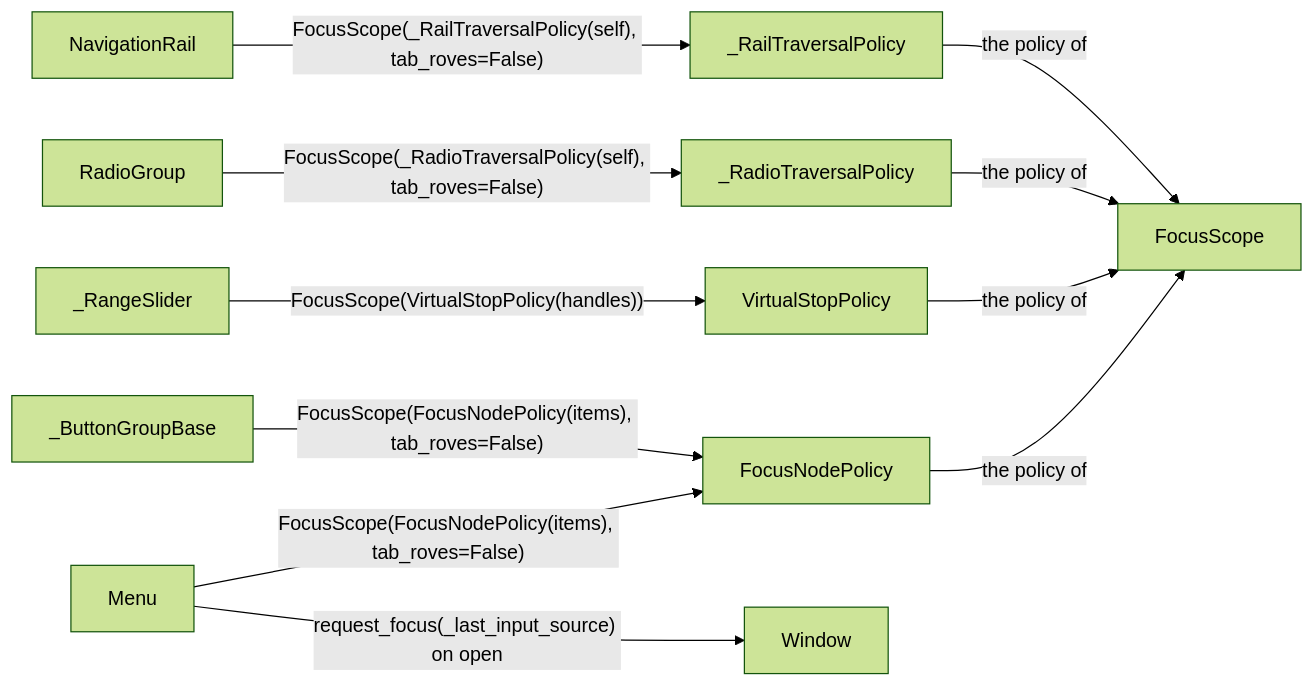
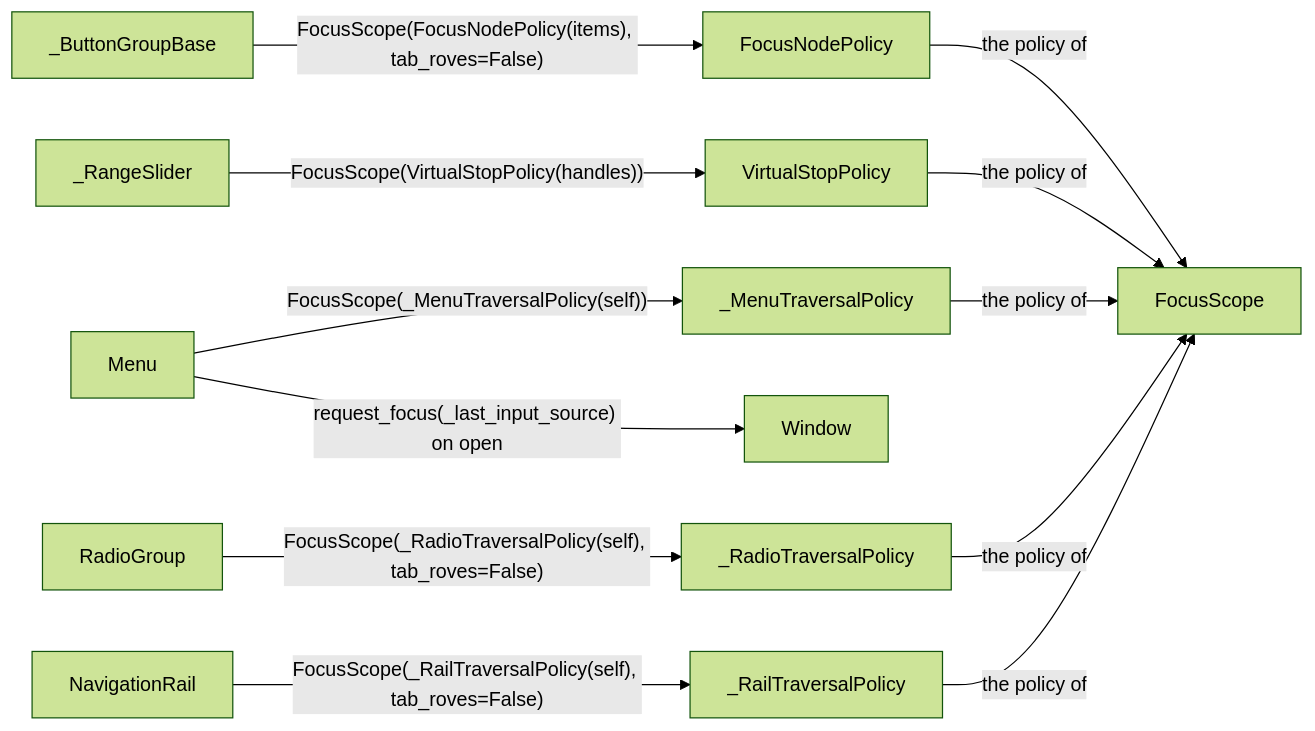
The tenth of 10 diagrams in docs/design/INTERACTION_ARCHITECTURE.md (yuksblog/nuiitivet), drawn with Mermaid (forest theme) before and after one commit. The commit also changed other lines of this file and 18 other files, not shown here.

````diff
--- a/docs/design/INTERACTION_ARCHITECTURE.md
+++ b/docs/design/INTERACTION_ARCHITECTURE.md
@@ -402,21 +402,23 @@
 ```mermaid
 flowchart LR
     menu[Menu]
     group[_ButtonGroupBase]
     slider[_RangeSlider]
     radio[RadioGroup]
     rail[NavigationRail]
+    menupolicy[_MenuTraversalPolicy]
     radiopolicy[_RadioTraversalPolicy]
     railpolicy[_RailTraversalPolicy]
     nodep[FocusNodePolicy]
     virt[VirtualStopPolicy]
     scope[FocusScope]
     window[Window]
 
-    menu & group -- "FocusScope(FocusNodePolicy(items), tab_roves=False)" --> nodep
+    menu -- "FocusScope(_MenuTraversalPolicy(self))" --> menupolicy
+    group -- "FocusScope(FocusNodePolicy(items), tab_roves=False)" --> nodep
     slider -- "FocusScope(VirtualStopPolicy(handles))" --> virt
     radio -- "FocusScope(_RadioTraversalPolicy(self), tab_roves=False)" --> radiopolicy
     rail -- "FocusScope(_RailTraversalPolicy(self), tab_roves=False)" --> railpolicy
-    nodep & virt & radiopolicy & railpolicy -- "the policy of" --> scope
+    menupolicy & nodep & virt & radiopolicy & railpolicy -- "the policy of" --> scope
     menu -- "request_focus(_last_input_source) on open" --> window
 ```
````
